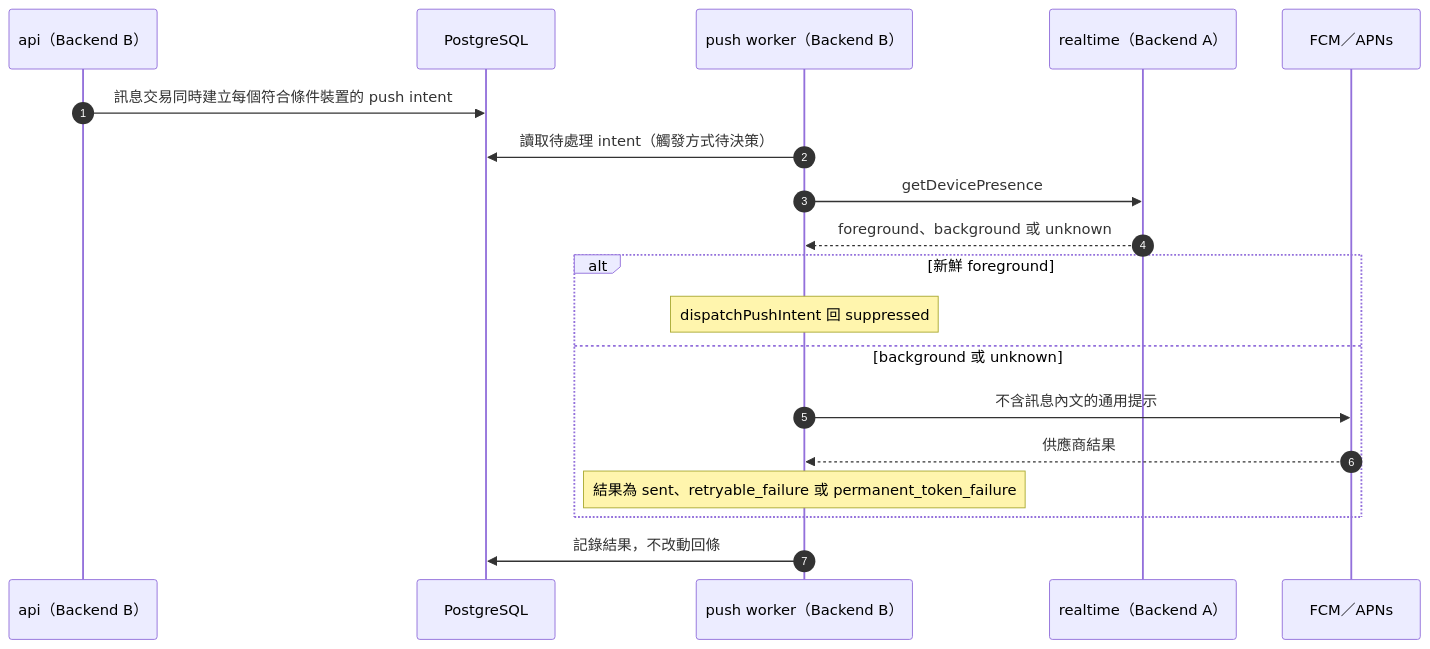
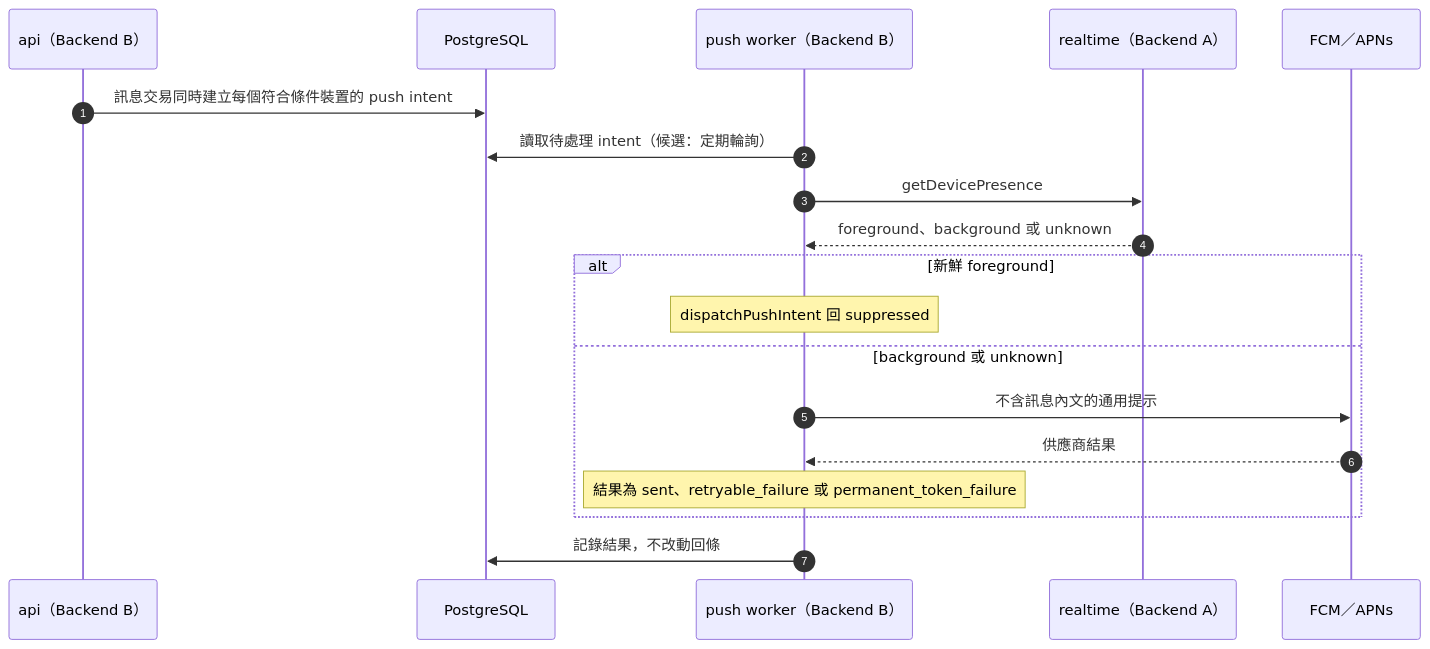
One commit to LeoCheng-space/Hine changed the seventh of 10 diagrams in docs/architecture/README.md. Above: the diagram before and after it, drawn with Mermaid. The commit also changed other lines of this file and 43 other files, not shown here.

````diff
--- a/docs/architecture/README.md
+++ b/docs/architecture/README.md
@@ -250,21 +263,21 @@
 ```mermaid
 sequenceDiagram
   autonumber
   participant B as api（Backend B）
   participant DB as PostgreSQL
   participant W as push worker（Backend B）
   participant R as realtime（Backend A）
   participant P as FCM／APNs
   B->>DB: 訊息交易同時建立每個符合條件裝置的 push intent
-  W->>DB: 讀取待處理 intent（觸發方式待決策）
+  W->>DB: 讀取待處理 intent（候選：定期輪詢）
   W->>R: getDevicePresence
   R-->>W: foreground、background 或 unknown
   alt 新鮮 foreground
     Note over W: dispatchPushIntent 回 suppressed
   else background 或 unknown
     W->>P: 不含訊息內文的通用提示
     P-->>W: 供應商結果
     Note over W: 結果為 sent、retryable_failure 或 permanent_token_failure
   end
   W->>DB: 記錄結果，不改動回條
 ```
````
